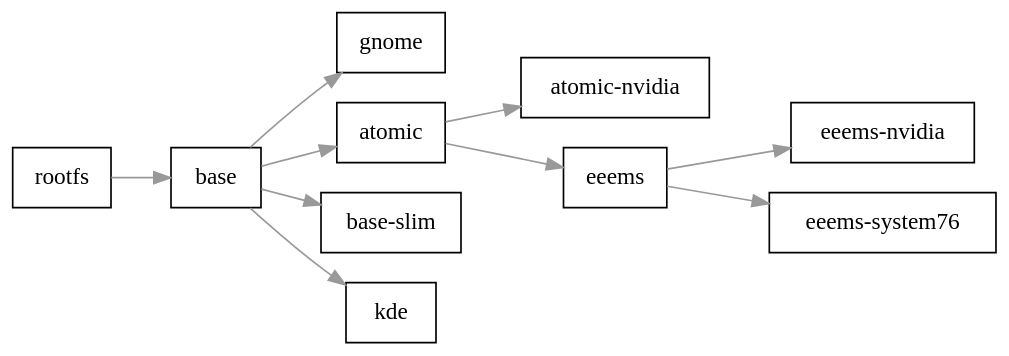
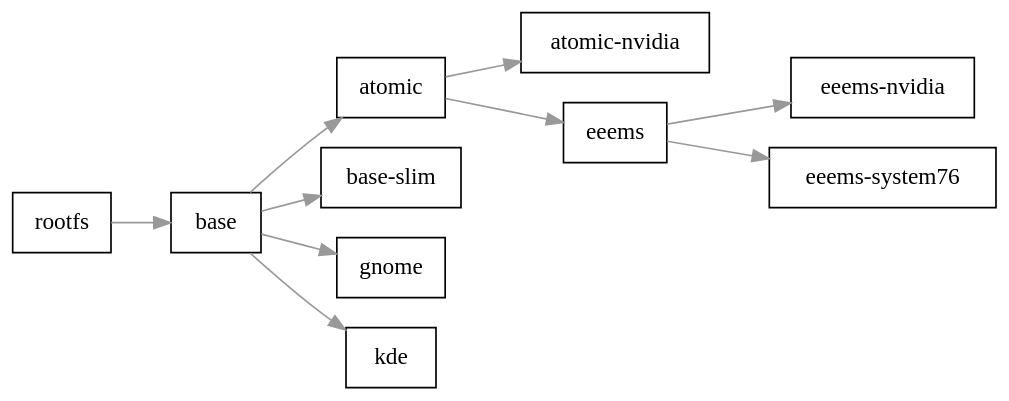
One commit to Eeems/arkes changed the diagram in web/src/variants.rst. Above: the diagram before and after it, drawn with Graphviz. The commit also changed other lines of this file and 1 other file, not shown here.

Commit message:
force diagram to be determistic

```diff
--- a/web/src/variants.rst
+++ b/web/src/variants.rst
@@ -18,29 +18,29 @@
 .. graphviz::
 
    digraph variant_hierarchy {
        rankdir=LR;
        bgcolor=transparent;
        node [shape=box,style=filled,fillcolor=white];
        edge [color="#999999",fontcolor="#999999"];
 
-       gnome [label="gnome"];
        atomic [label="atomic"];
        atomic_nvidia [label="atomic-nvidia"];
+       base [label="base"];
+       base_slim [label="base-slim"];
        eeems [label="eeems"];
        eeems_nvidia [label="eeems-nvidia"];
        eeems_system76 [label="eeems-system76"];
-       base [label="base"];
-       base_slim [label="base-slim"];
+       gnome [label="gnome"];
        kde [label="kde"];
        rootfs [label="rootfs"];
 
-       base -> gnome;
        base -> atomic;
        atomic -> atomic_nvidia;
+       rootfs -> base;
+       base -> base_slim;
        atomic -> eeems;
        eeems -> eeems_nvidia;
        eeems -> eeems_system76;
-       rootfs -> base;
-       base -> base_slim;
+       base -> gnome;
        base -> kde;
    }
```
